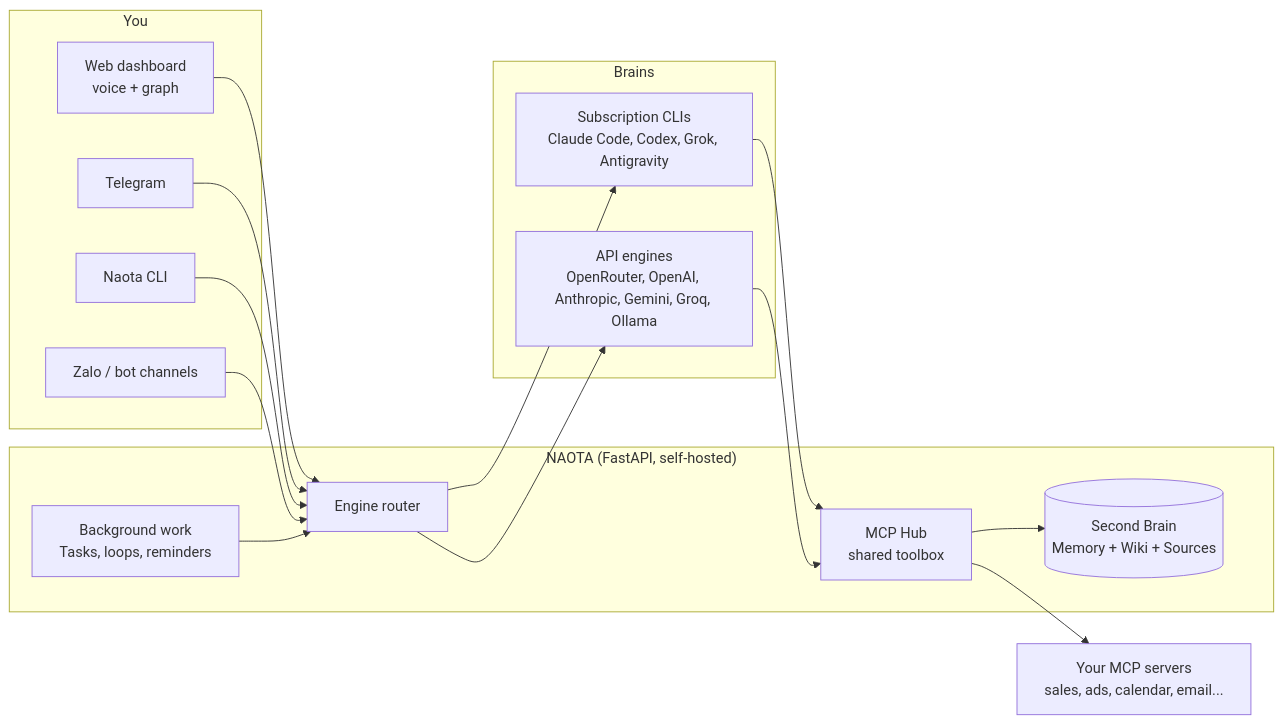
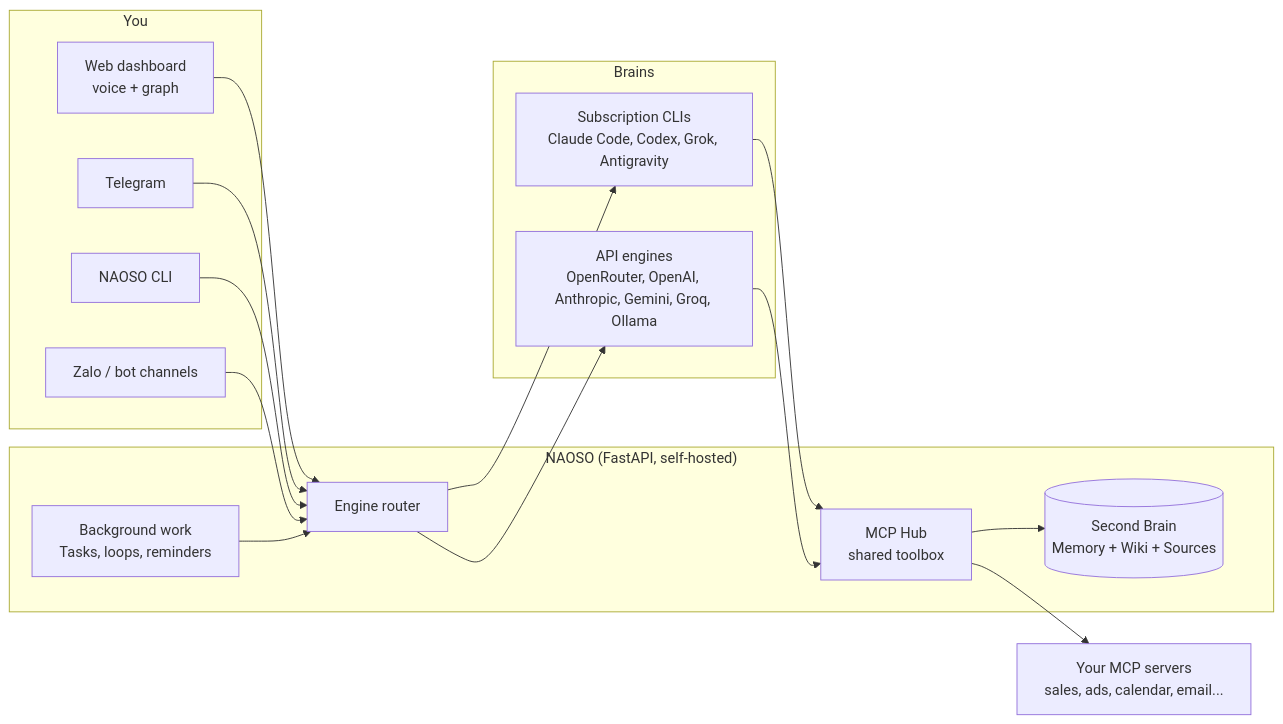
One commit to lequydailb-dotcom/naoso changed the diagram in docs/i18n/de/README.md. Above: the diagram before and after it, drawn with Mermaid. The commit also changed other lines of this file and 660 other files, not shown here.

First line of the commit message:
1.60.4: show NAOSO instead of NAOTA in the interface, messages and docs

````diff
--- a/docs/i18n/de/README.md
+++ b/docs/i18n/de/README.md
@@ -200,25 +200,25 @@
 ```mermaid
 flowchart LR
     subgraph You
         W[Web dashboard<br>voice + graph]
         T[Telegram]
-        C[Naota CLI]
+        C[NAOSO CLI]
         Z[Zalo / bot channels]
     end
-    subgraph Naota["NAOTA (FastAPI, self-hosted)"]
+    subgraph NAOSO["NAOSO (FastAPI, self-hosted)"]
         R[Engine router]
         H[MCP Hub<br>shared toolbox]
         B[(Second Brain<br>Memory + Wiki + Sources)]
         Q[Background work<br>Tasks, loops, reminders]
     end
     subgraph Brains
         S[Subscription CLIs<br>Claude Code, Codex, Grok, Antigravity]
         A[API engines<br>OpenRouter, OpenAI, Anthropic, Gemini, Groq, Ollama]
     end
     W & T & C & Z --> R
     R --> S & A
     S & A --> H
     H --> B
     H --> M[Your MCP servers<br>sales, ads, calendar, email...]
     Q --> R
 ```
````
